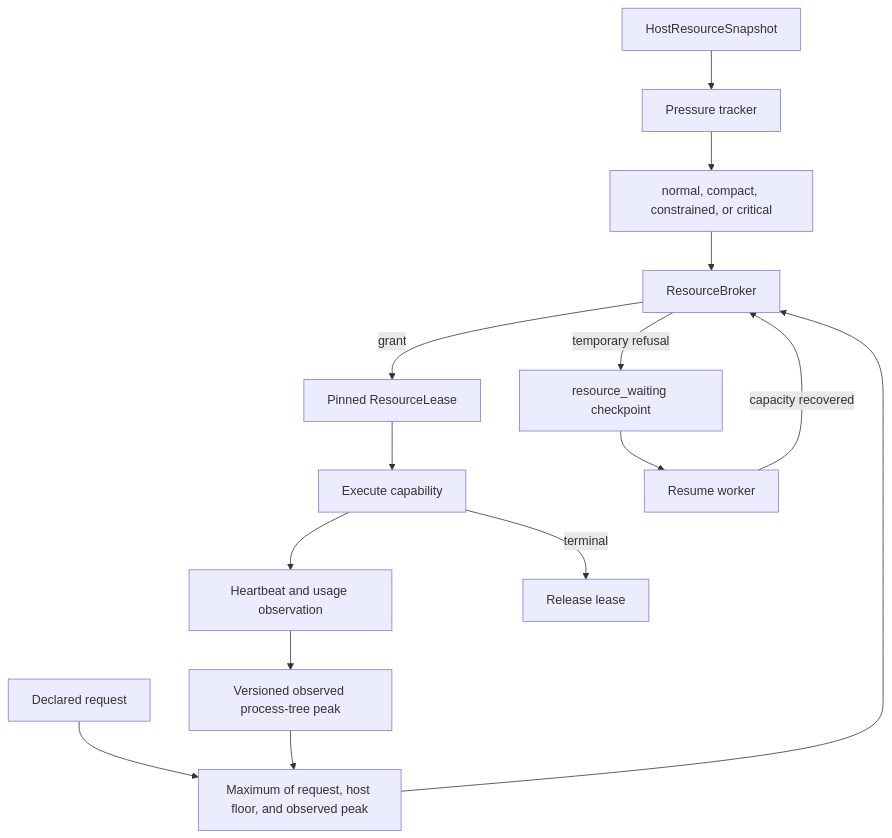
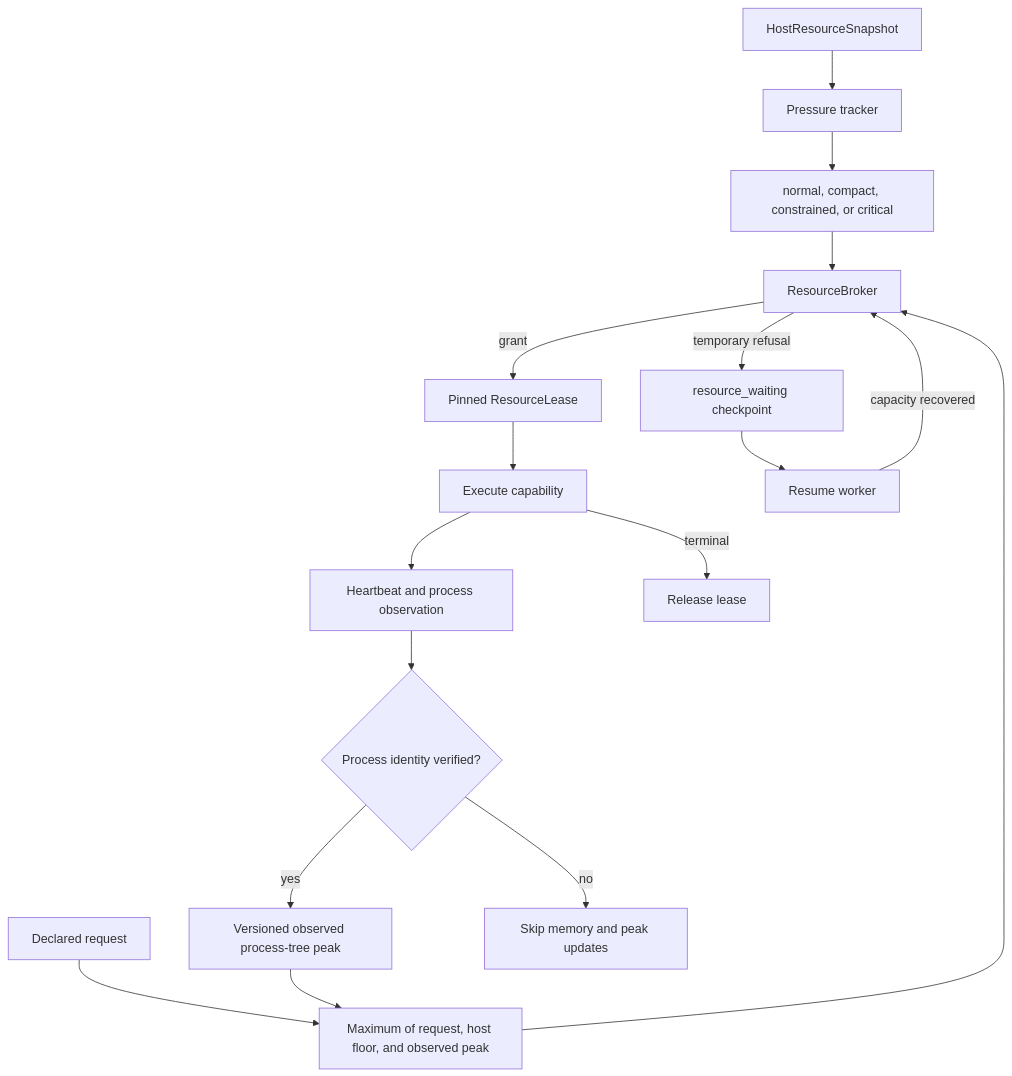
The diagram in docs/architecture/16-runtime-resource-recovery.md (MatrixCoreX/RustClaw), drawn with Mermaid before and after one commit. The commit also changed other lines of this file and 246 other files, not shown here.

````diff
--- a/docs/architecture/16-runtime-resource-recovery.md
+++ b/docs/architecture/16-runtime-resource-recovery.md
@@ -18,17 +18,19 @@
 ```mermaid
 flowchart TD
     S[HostResourceSnapshot] --> P[Pressure tracker]
     P --> T[normal, compact, constrained, or critical]
     R[Declared request] --> M[Maximum of request, host floor, and observed peak]
     O[Versioned observed process-tree peak] --> M
     M --> B[ResourceBroker]
     T --> B
     B -->|grant| L[Pinned ResourceLease]
     B -->|temporary refusal| W[resource_waiting checkpoint]
     L --> X[Execute capability]
-    X --> H[Heartbeat and usage observation]
-    H --> O
+    X --> H[Heartbeat and process observation]
+    H --> V{Process identity verified?}
+    V -->|yes| O
+    V -->|no| N[Skip memory and peak updates]
     X -->|terminal| U[Release lease]
     W --> Q[Resume worker]
     Q -->|capacity recovered| B
 ```
````
